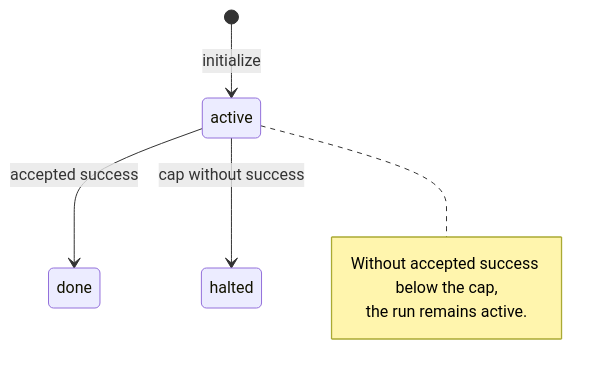
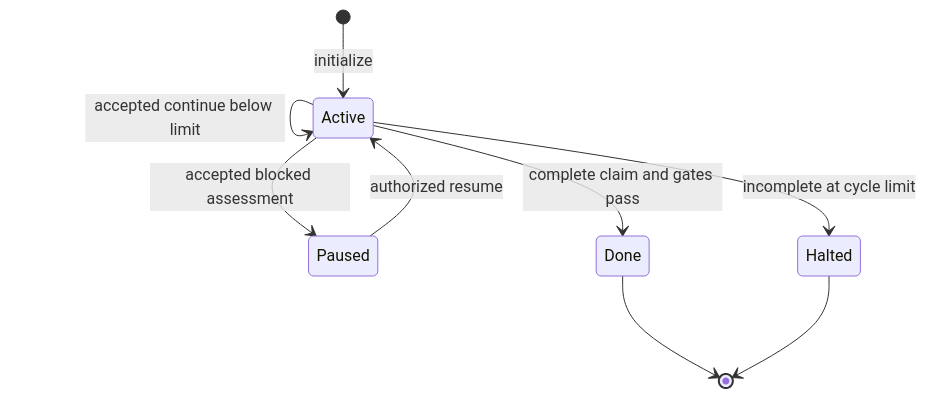
The fourth of 5 diagrams in README.md (whichguy/until-loop), drawn with Mermaid before and after one commit. The commit also changed other lines of this file and 49 other files, not shown here.

````diff
--- a/README.md
+++ b/README.md
@@ -268,11 +349,11 @@
 ```mermaid
 stateDiagram-v2
-    direction TB
-    [*] --> active: initialize
-    active --> done: accepted success
-    active --> halted: cap without success
-    note right of active
-        Without accepted success below the cap,
-        the run remains active.
-    end note
+    [*] --> Active: initialize
+    Active --> Active: accepted continue below limit
+    Active --> Done: complete claim and gates pass
+    Active --> Halted: incomplete at cycle limit
+    Active --> Paused: accepted blocked assessment
+    Paused --> Active: authorized resume
+    Done --> [*]
+    Halted --> [*]
 ```
````
